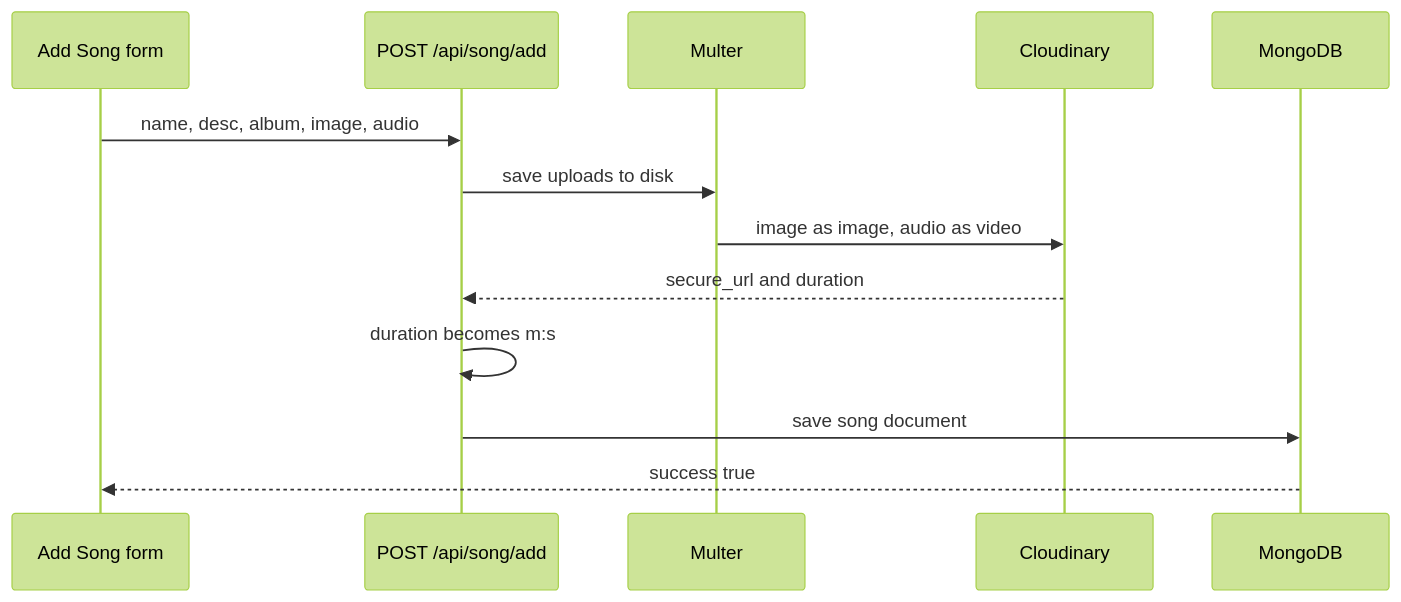
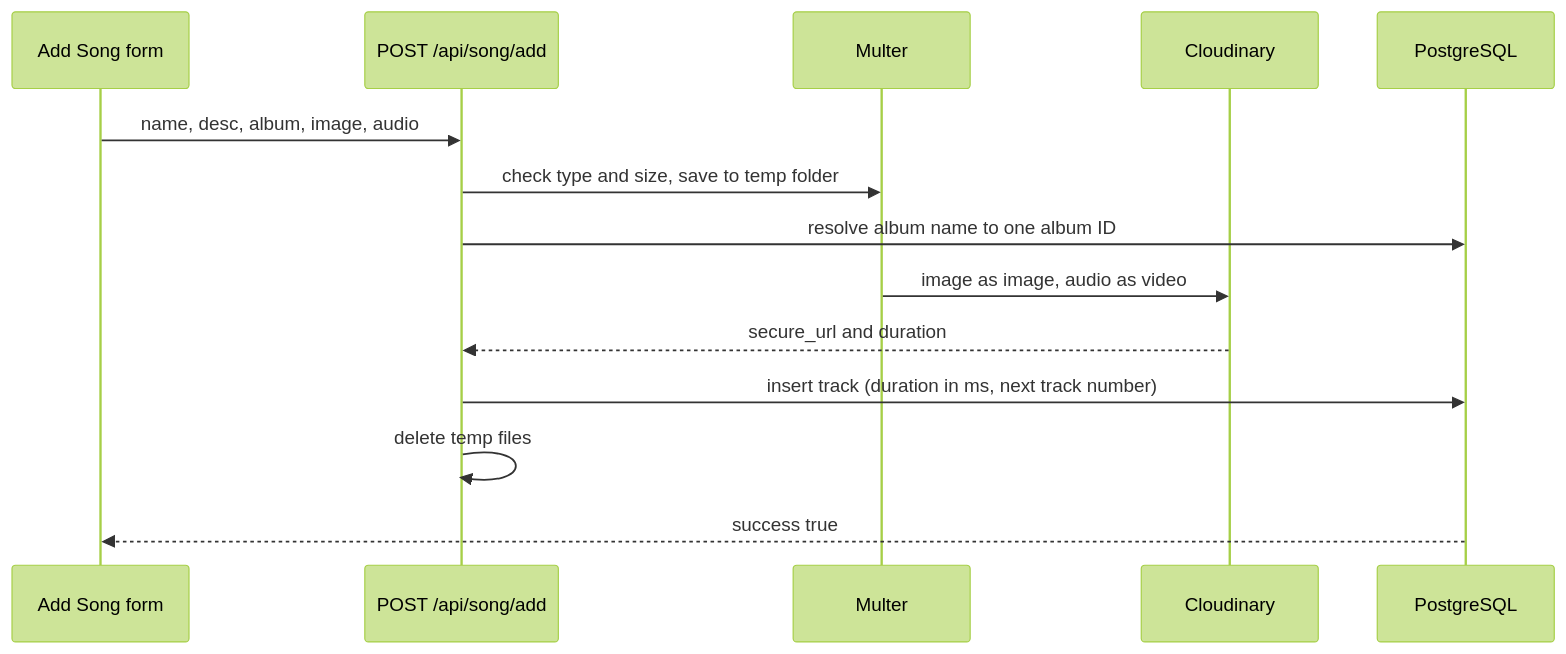
Before and after one commit to kuldeepsinghr/Spotify-clone: the fourth of 4 diagrams in README.md, drawn with Mermaid (forest theme). The commit also changed other lines of this file and 67 other files, not shown here.

````diff
--- a/README.md
+++ b/README.md
@@ -132,16 +136,17 @@
 ```mermaid
 sequenceDiagram
   participant Admin as Add Song form
   participant API as POST /api/song/add
   participant Multer as Multer
   participant CDN as Cloudinary
-  participant DB as MongoDB
+  participant DB as PostgreSQL
 
   Admin->>API: name, desc, album, image, audio
-  API->>Multer: save uploads to disk
+  API->>Multer: check type and size, save to temp folder
+  API->>DB: resolve album name to one album ID
   Multer->>CDN: image as image, audio as video
   CDN-->>API: secure_url and duration
-  API->>API: duration becomes m:s
-  API->>DB: save song document
+  API->>DB: insert track (duration in ms, next track number)
+  API->>API: delete temp files
   DB-->>Admin: success true
 ```
````
